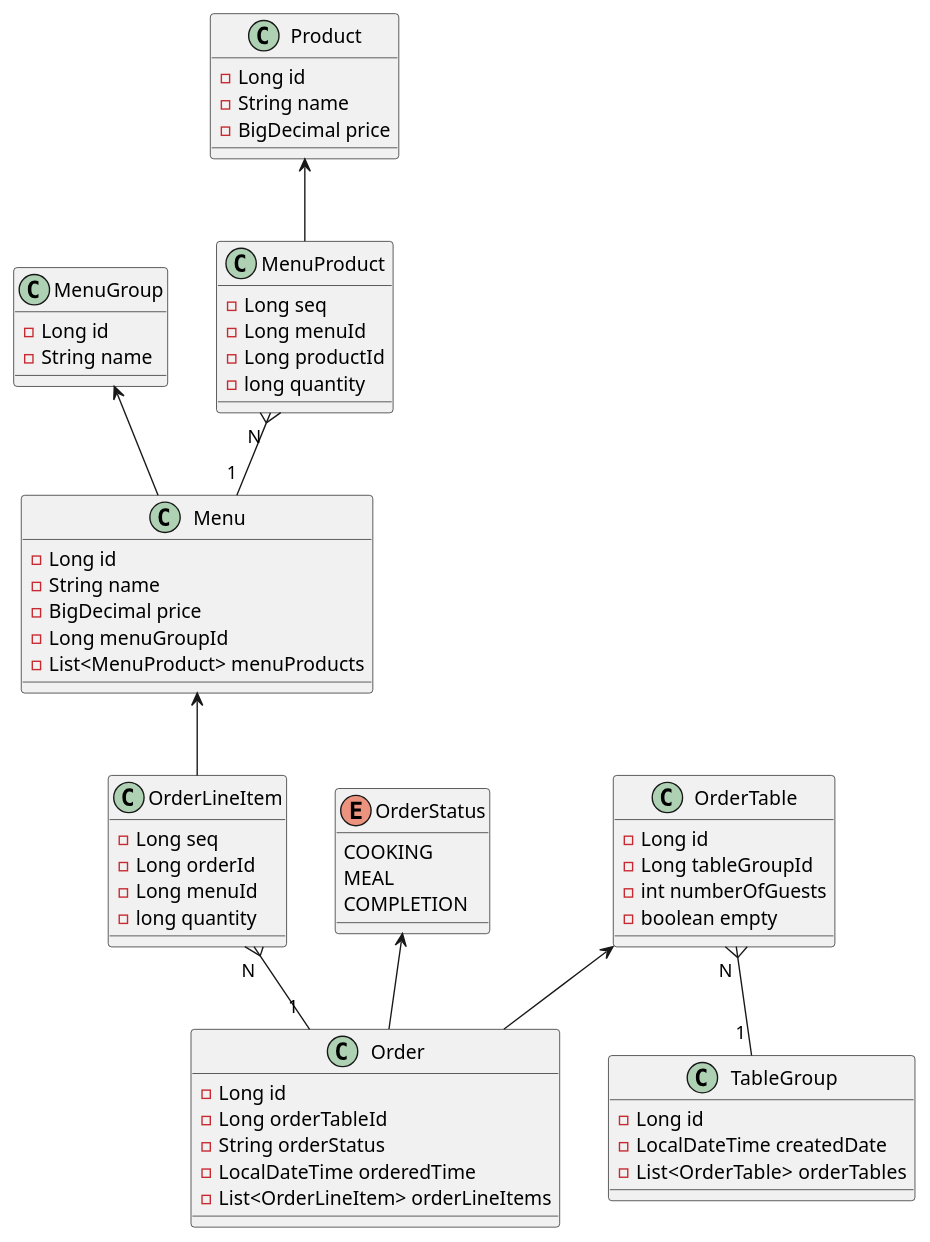
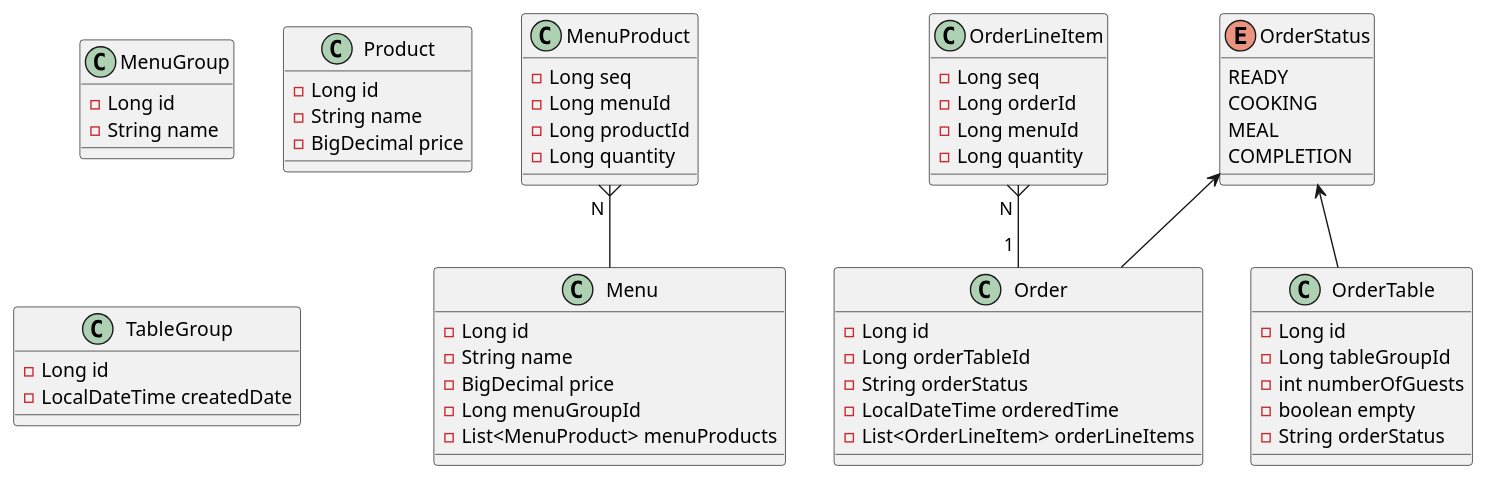
Before and after one commit to next-step/jwp-refactoring: the diagram in plantuml/domain-diagram.puml, drawn with PlantUML. The commit also changed 5 other files, not shown here.

Commit message:
docs : 연관 관계 다이어그램 수정

```diff
--- a/plantuml/domain-diagram.puml
+++ b/plantuml/domain-diagram.puml
@@ -1,74 +1,69 @@
 @startuml
 
-MenuGroup <-- Menu
-MenuProduct "N "}--"1 " Menu
-Product <-- MenuProduct
+MenuProduct "N "}--" " Menu
 
-OrderTable <-- Order
+OrderLineItem "N "}--"1 " Order
 OrderStatus <-- Order
-OrderLineItem "N "}--"1 " Order
-
-Menu <-- OrderLineItem
-
-OrderTable "N "}--"1 " TableGroup
+OrderStatus <-- OrderTable
 
 class MenuGroup {
     - Long id
     - String name
 }
 
 class Menu {
     - Long id
     - String name
     - BigDecimal price
     - Long menuGroupId
     - List<MenuProduct> menuProducts
 }
 
 class MenuProduct {
     - Long seq
     - Long menuId
     - Long productId
-    - long quantity
+    - Long quantity
 }
 
 class Product {
     - Long id
     - String name
     - BigDecimal price
 }
 
 class Order {
     - Long id
     - Long orderTableId
     - String orderStatus
     - LocalDateTime orderedTime
     - List<OrderLineItem> orderLineItems
 }
 
 enum OrderStatus {
+    READY
     COOKING
     MEAL
     COMPLETION
 }
 
 class OrderLineItem {
     - Long seq
     - Long orderId
     - Long menuId
-    - long quantity
+    - Long quantity
 }
 
 class OrderTable {
     - Long id
     - Long tableGroupId
     - int numberOfGuests
     - boolean empty
+    - String orderStatus
 }
 
 class TableGroup {
     - Long id
     - LocalDateTime createdDate
-    - List<OrderTable> orderTables
 }
 @enduml
```
